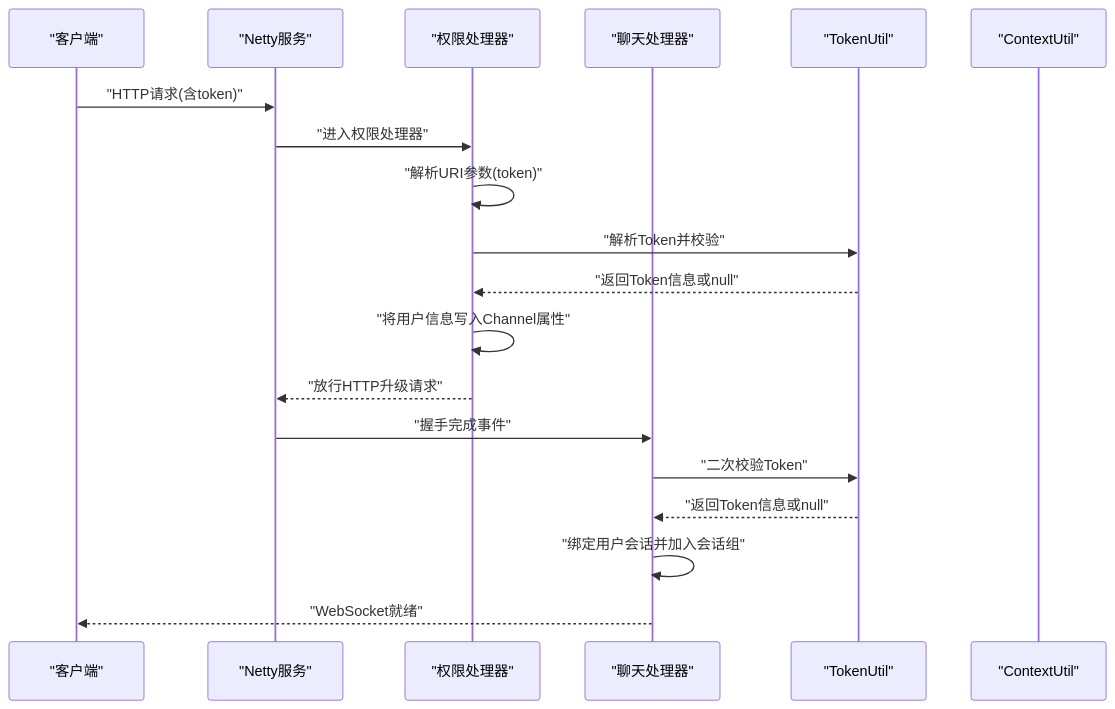
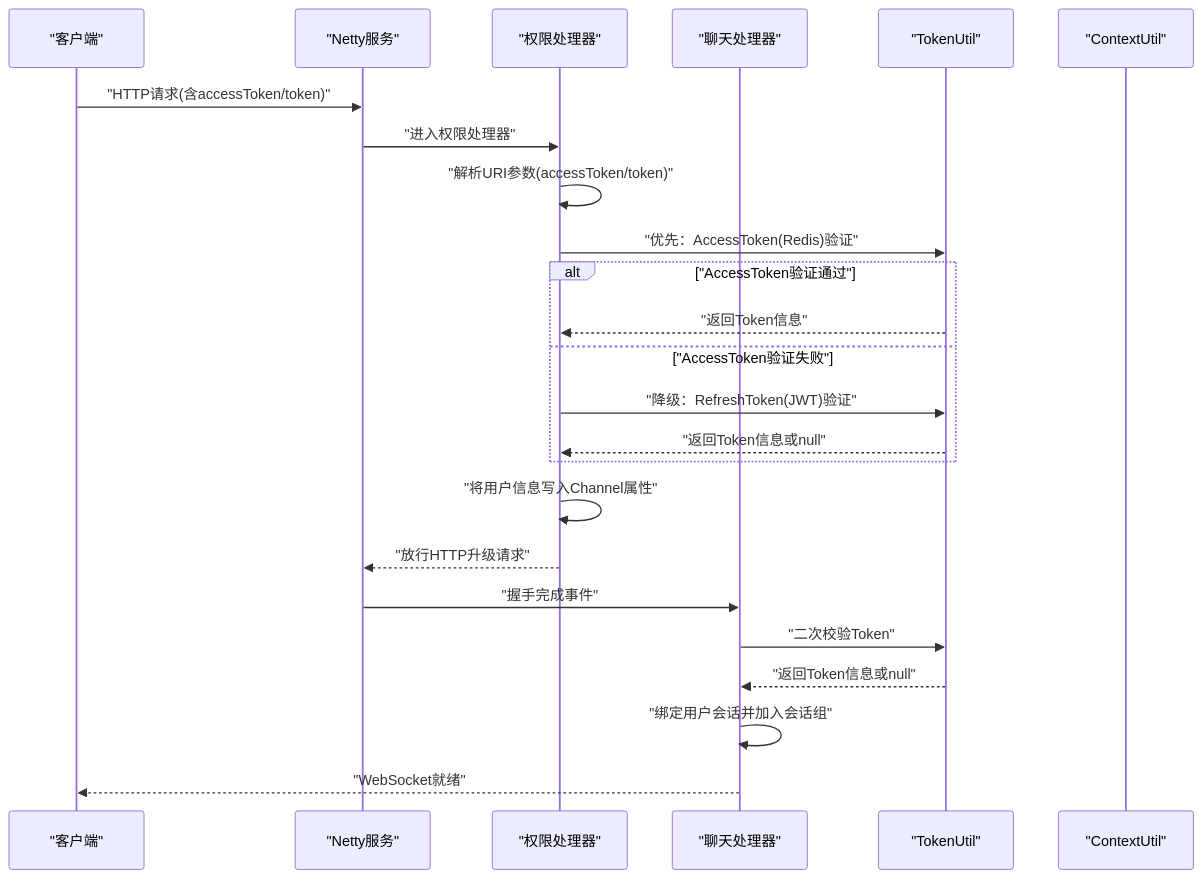
Before and after one commit to liftp/chat_simple: the second of 7 diagrams in .qoder/repowiki/zh/content/WebSocket实时通信/权限验证与安全.md, drawn with Mermaid. The commit also changed other lines of this file and 6 other files, not shown here.

````diff
--- a/.qoder/repowiki/zh/content/WebSocket实时通信/权限验证与安全.md
+++ b/.qoder/repowiki/zh/content/WebSocket实时通信/权限验证与安全.md
@@ -130,21 +141,26 @@
 ```mermaid
 sequenceDiagram
 participant Client as "客户端"
 participant Netty as "Netty服务"
 participant PWH as "权限处理器"
 participant WSH as "聊天处理器"
 participant TU as "TokenUtil"
 participant CTX as "ContextUtil"
-Client->>Netty : "HTTP请求(含token)"
+Client->>Netty : "HTTP请求(含accessToken/token)"
 Netty->>PWH : "进入权限处理器"
-PWH->>PWH : "解析URI参数(token)"
-PWH->>TU : "解析Token并校验"
+PWH->>PWH : "解析URI参数(accessToken/token)"
+PWH->>TU : "优先：AccessToken(Redis)验证"
+alt "AccessToken验证通过"
+TU-->>PWH : "返回Token信息"
+else "AccessToken验证失败"
+PWH->>TU : "降级：RefreshToken(JWT)验证"
 TU-->>PWH : "返回Token信息或null"
+end
 PWH->>PWH : "将用户信息写入Channel属性"
 PWH-->>Netty : "放行HTTP升级请求"
 Netty->>WSH : "握手完成事件"
 WSH->>TU : "二次校验Token"
 TU-->>WSH : "返回Token信息或null"
 WSH->>WSH : "绑定用户会话并加入会话组"
 WSH-->>Client : "WebSocket就绪"
 ```
````
